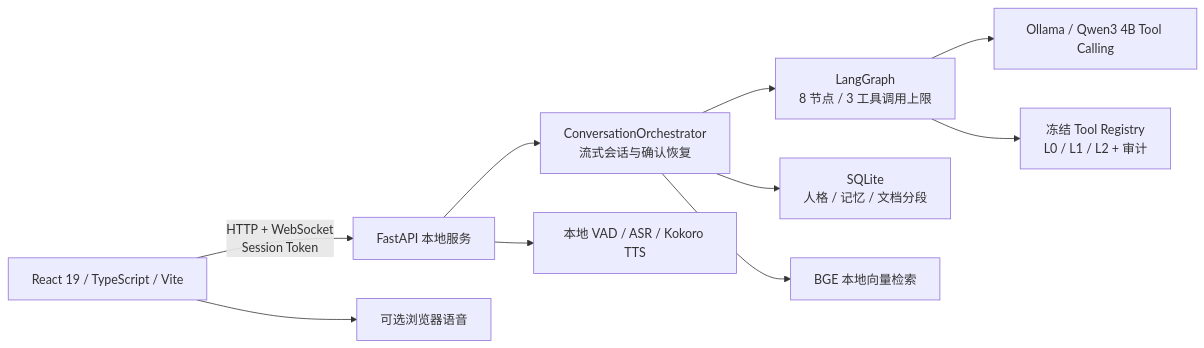
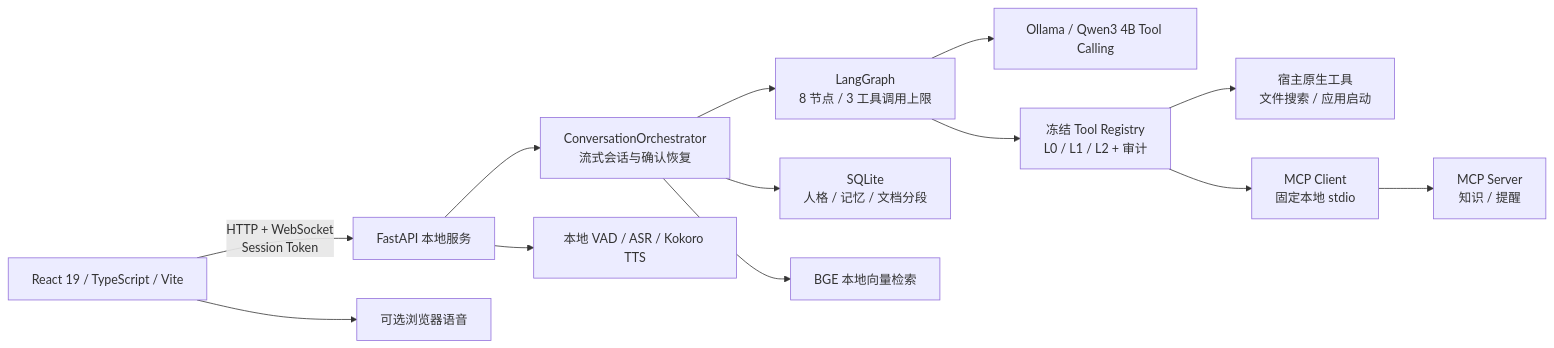
Before and after one commit to Dtwwwww/VoxAgent: the diagram in README.md, drawn with Mermaid. The commit also changed other lines of this file and 5 other files, not shown here.

````diff
--- a/README.md
+++ b/README.md
@@ -21,12 +22,15 @@
 ```mermaid
 flowchart LR
     UI[React 19 / TypeScript / Vite] -->|HTTP + WebSocket<br/>Session Token| API[FastAPI 本地服务]
     API --> ORCH[ConversationOrchestrator<br/>流式会话与确认恢复]
     ORCH --> AGENT[LangGraph<br/>8 节点 / 3 工具调用上限]
     AGENT --> LLM[Ollama / Qwen3 4B Tool Calling]
-    AGENT --> TOOLS[冻结 Tool Registry<br/>L0 / L1 / L2 + 审计]
+    AGENT --> REGISTRY[冻结 Tool Registry<br/>L0 / L1 / L2 + 审计]
+    REGISTRY --> NATIVE[宿主原生工具<br/>文件搜索 / 应用启动]
+    REGISTRY --> MCPCLIENT[MCP Client<br/>固定本地 stdio]
+    MCPCLIENT --> MCPSERVER[MCP Server<br/>知识 / 提醒]
     ORCH --> DATA[SQLite<br/>人格 / 记忆 / 文档分段]
     ORCH --> RAG[BGE 本地向量检索]
     UI --> BROWSER[可选浏览器语音]
     API --> SPEECH[本地 VAD / ASR / Kokoro TTS]
 ```
````
